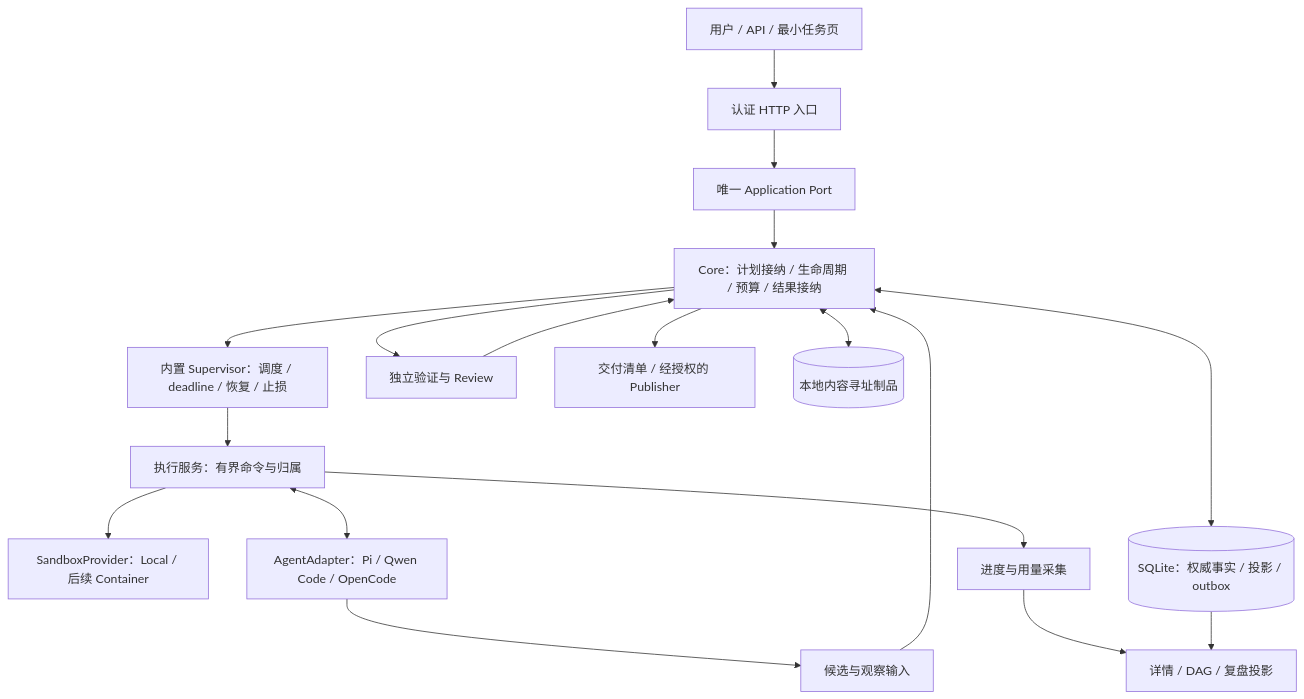
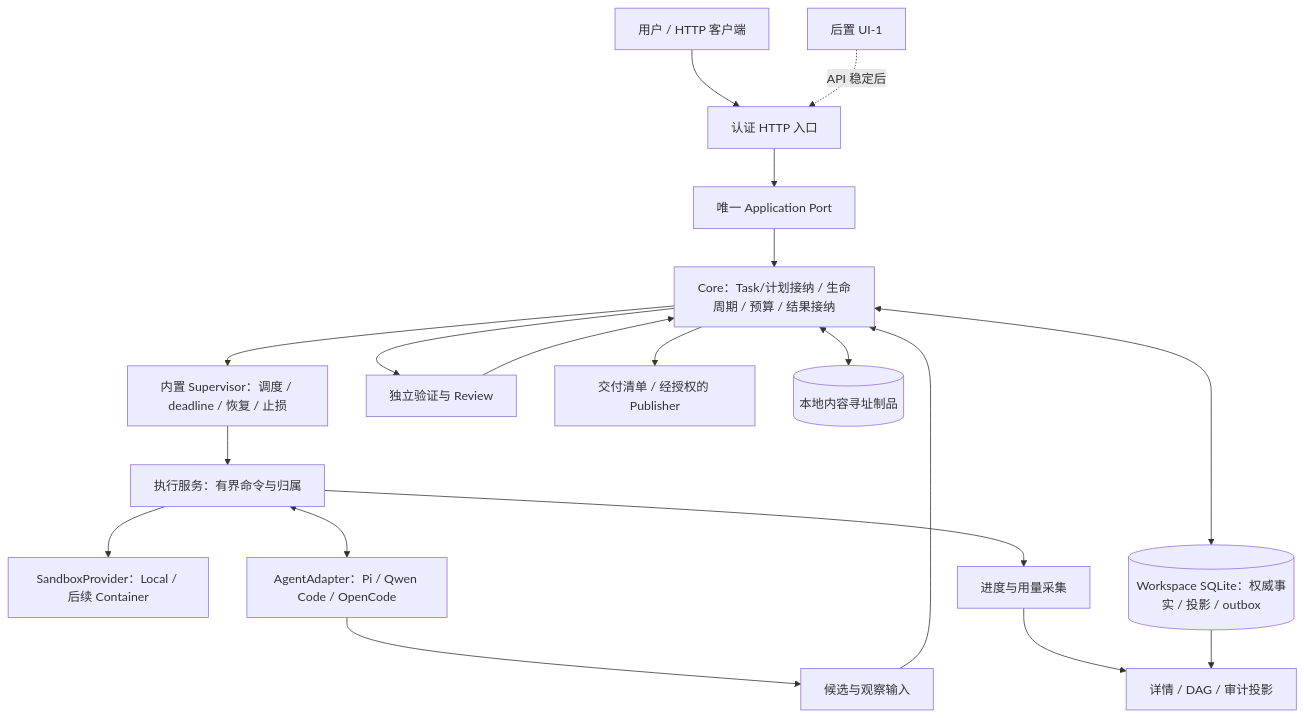
Before and after one commit to chiga0/marshal-harness: the diagram in docs/agent-team-service-architecture.md, drawn with Mermaid. The commit also changed other lines of this file and 9 other files, not shown here.

Commit message:
docs: define lightweight workspace and task API-first proposal

````diff
--- a/docs/agent-team-service-architecture.md
+++ b/docs/agent-team-service-architecture.md
@@ -21,20 +23,21 @@
 ```mermaid
 flowchart TB
-  U[用户 / API / 最小任务页] --> H[认证 HTTP 入口]
+  U[用户 / HTTP 客户端] --> H[认证 HTTP 入口]
+  UI[后置 UI-1] -. API 稳定后 .-> H
   H --> APP[唯一 Application Port]
-  APP --> CORE[Core：计划接纳 / 生命周期 / 预算 / 结果接纳]
+  APP --> CORE[Core：Task/计划接纳 / 生命周期 / 预算 / 结果接纳]
   CORE --> SUP[内置 Supervisor：调度 / deadline / 恢复 / 止损]
   SUP --> EXEC[执行服务：有界命令与归属]
   EXEC --> SB[SandboxProvider：Local / 后续 Container]
   EXEC <--> AG[AgentAdapter：Pi / Qwen Code / OpenCode]
   AG --> IN[候选与观察输入]
   IN --> CORE
   CORE --> VERIFY[独立验证与 Review]
   VERIFY --> CORE
   CORE --> DELIVERY[交付清单 / 经授权的 Publisher]
-  CORE <--> DB[(SQLite：权威事实 / 投影 / outbox)]
+  CORE <--> DB[(Workspace SQLite：权威事实 / 投影 / outbox)]
   EXEC --> OBS[进度与用量采集]
-  OBS --> QUERY[详情 / DAG / 复盘投影]
+  OBS --> QUERY[详情 / DAG / 审计投影]
   DB --> QUERY
   CORE <--> BLOB[(本地内容寻址制品)]
 ```
````
